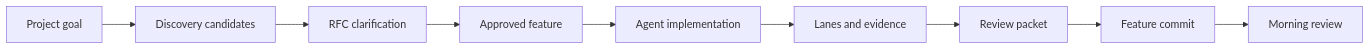
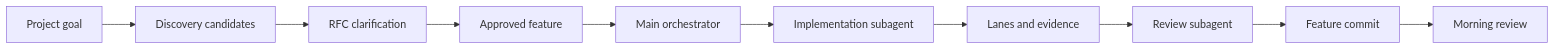
Before and after one commit to kpcure/DEVNS: the diagram in README.md, drawn with Mermaid. The commit also changed other lines of this file and 28 other files, not shown here.

Commit message:
Add orchestrator subagent mode

````diff
--- a/README.md
+++ b/README.md
@@ -52,11 +52,12 @@
 ```mermaid
 flowchart LR
   A["Project goal"] --> B["Discovery candidates"]
   B --> C["RFC clarification"]
   C --> D["Approved feature"]
-  D --> E["Agent implementation"]
-  E --> F["Lanes and evidence"]
-  F --> G["Review packet"]
-  G --> H["Feature commit"]
-  H --> I["Morning review"]
+  D --> E["Main orchestrator"]
+  E --> F["Implementation subagent"]
+  F --> G["Lanes and evidence"]
+  G --> H["Review subagent"]
+  H --> I["Feature commit"]
+  I --> J["Morning review"]
 ```
````
